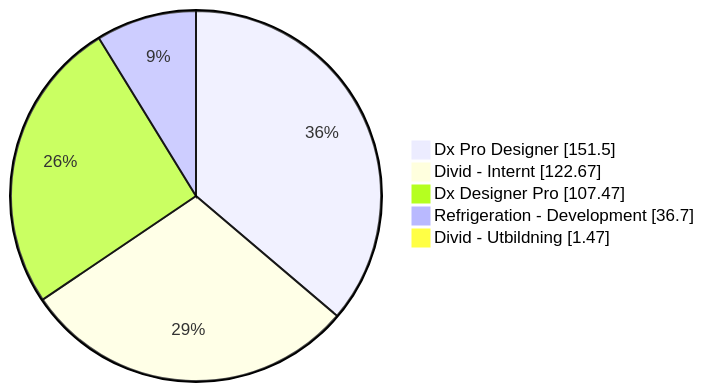
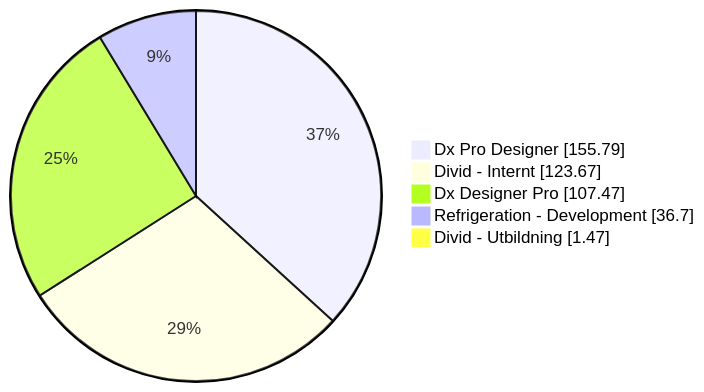
Before and after one commit to albinforsberg-netizen/timeclock: the first of 5 diagrams in README.org, drawn with Mermaid. The commit also changed other lines of this file, not shown here.

```diff
--- a/README.org
+++ b/README.org
@@ -32,8 +32,8 @@
 #+begin_src mermaid
 pie showData
-    "Dx Pro Designer" : 151.50
-    "Divid - Internt" : 122.67
+    "Dx Pro Designer" : 155.79
+    "Divid - Internt" : 123.67
     "Dx Designer Pro" : 107.47
     "Refrigeration - Development" : 36.70
     "Divid - Utbildning" : 1.47
 #+end_src
```
